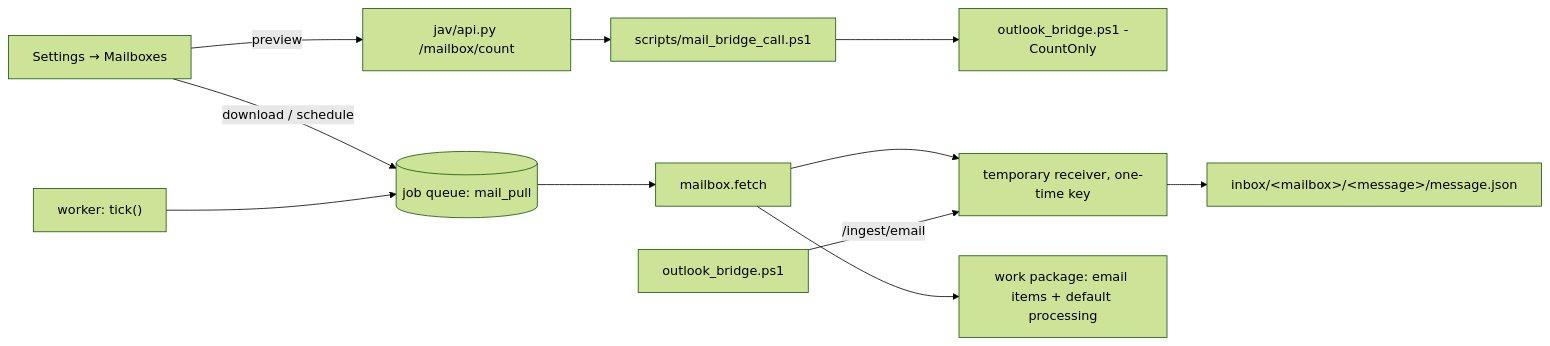
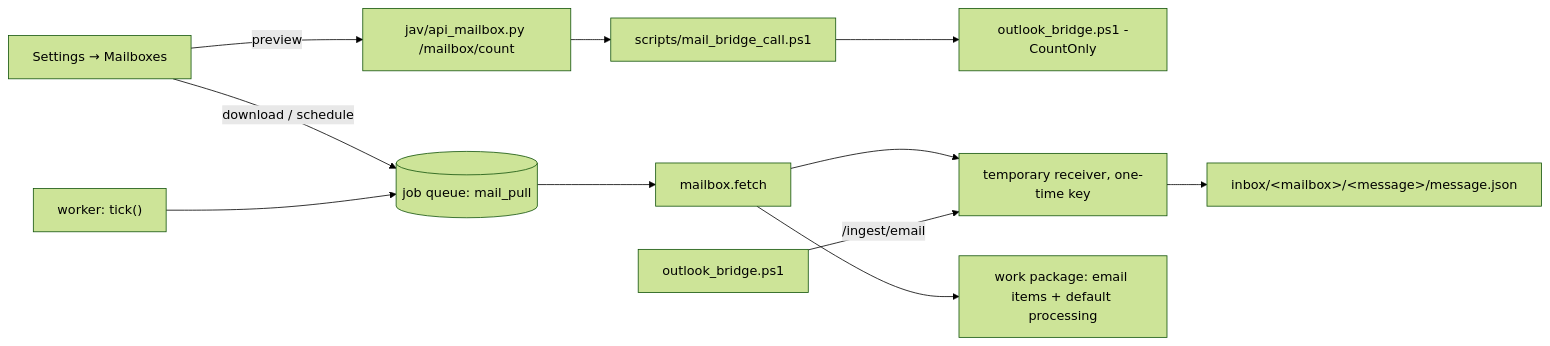
The fourth of 4 diagrams in docs/ARCHITECTURE.md (kassaiattila/58_JEV_AI), drawn with Mermaid (forest theme) before and after one commit. The commit also changed other lines of this file and 23 other files, not shown here.

````diff
--- a/docs/ARCHITECTURE.md
+++ b/docs/ARCHITECTURE.md
@@ -417,12 +417,12 @@
 ```mermaid
 flowchart LR
-  UI["Settings → Mailboxes"] -->|preview| API[jav/api.py /mailbox/count]
+  UI["Settings → Mailboxes"] -->|preview| API[jav/api_mailbox.py /mailbox/count]
   API --> W[scripts/mail_bridge_call.ps1] --> B[outlook_bridge.ps1 -CountOnly]
   UI -->|download / schedule| Q[(job queue: mail_pull)]
   T["worker: tick()"] --> Q
   Q --> F[mailbox.fetch]
   F --> R[temporary receiver, one-time key]
   B2[outlook_bridge.ps1] -->|/ingest/email| R
   R --> I[inbox/&lt;mailbox&gt;/&lt;message&gt;/message.json]
   F --> WP[work package: email items + default processing]
 ```
````
